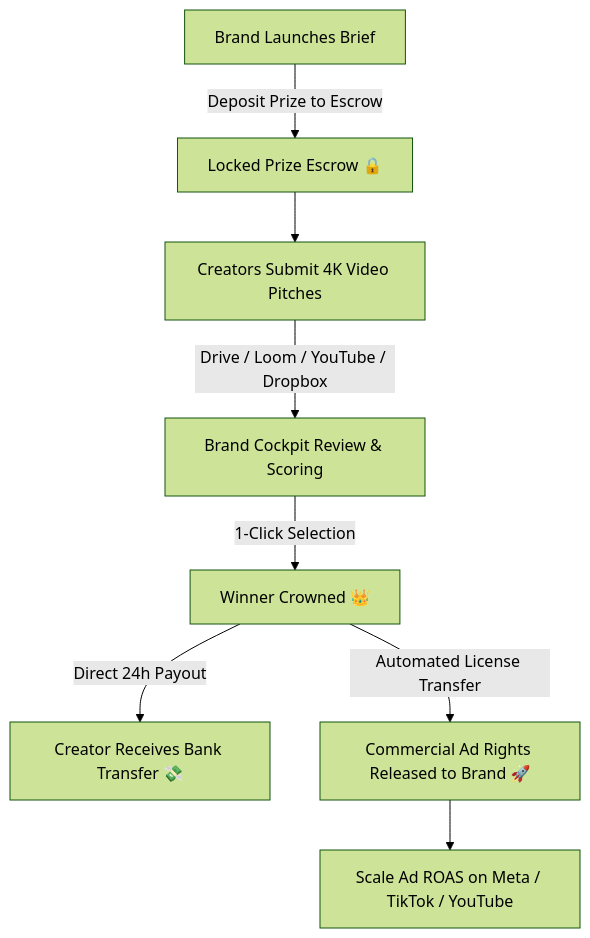
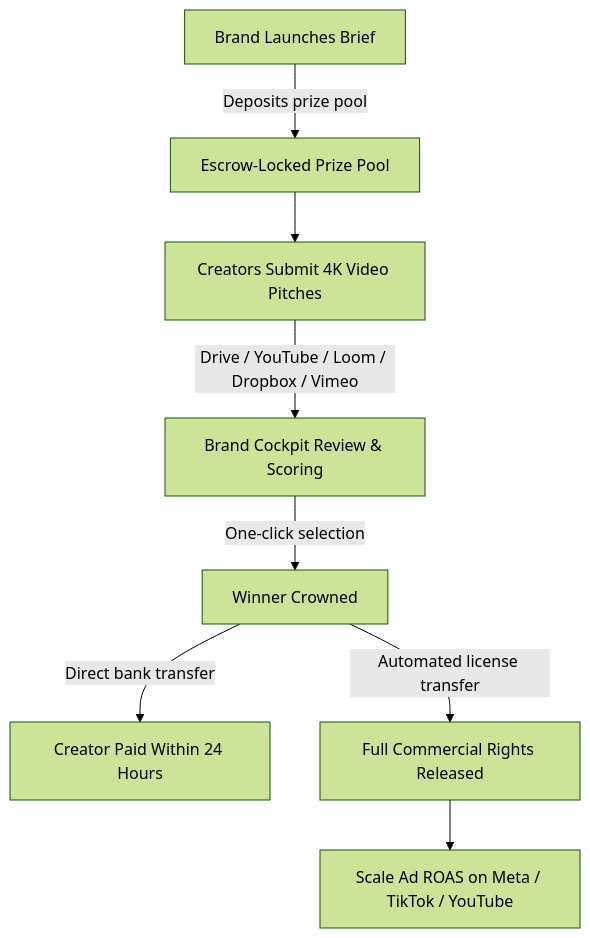
Before and after one commit to RohitChintalapudi/BrandForge_landingpage: the diagram in README.md, drawn with Mermaid (forest theme). The commit also changed other lines of this file, not shown here.

````diff
--- a/README.md
+++ b/README.md
@@ -75,10 +87,10 @@
 ```mermaid
 graph TD
-    A[Brand Launches Brief] -->|Deposit Prize to Escrow| B[Locked Prize Escrow 🔒]
+    A[Brand Launches Brief] -->|Deposits prize pool| B[Escrow-Locked Prize Pool]
     B --> C[Creators Submit 4K Video Pitches]
-    C -->|Drive / Loom / YouTube / Dropbox| D[Brand Cockpit Review & Scoring]
-    D -->|1-Click Selection| E[Winner Crowned 👑]
-    E -->|Direct 24h Payout| F[Creator Receives Bank Transfer 💸]
-    E -->|Automated License Transfer| G[Commercial Ad Rights Released to Brand 🚀]
+    C -->|Drive / YouTube / Loom / Dropbox / Vimeo| D[Brand Cockpit Review & Scoring]
+    D -->|One-click selection| E[Winner Crowned]
+    E -->|Direct bank transfer| F[Creator Paid Within 24 Hours]
+    E -->|Automated license transfer| G[Full Commercial Rights Released]
     G --> H[Scale Ad ROAS on Meta / TikTok / YouTube]
 ```
````
